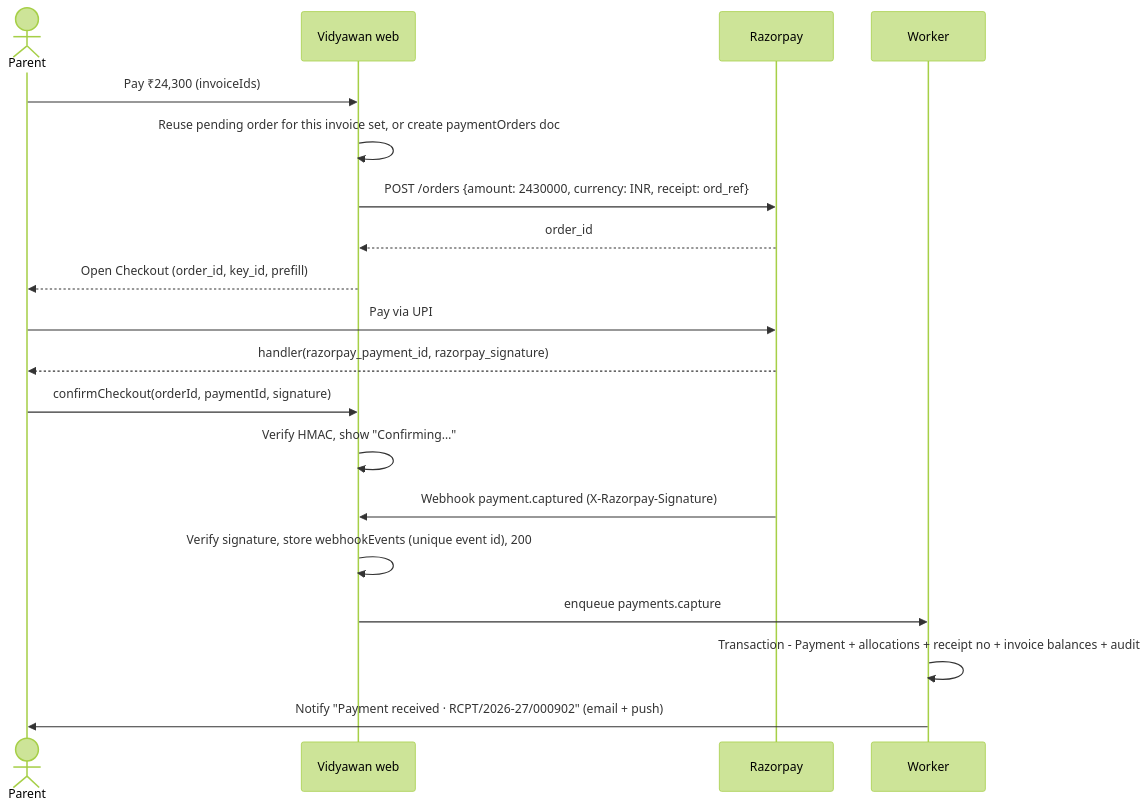
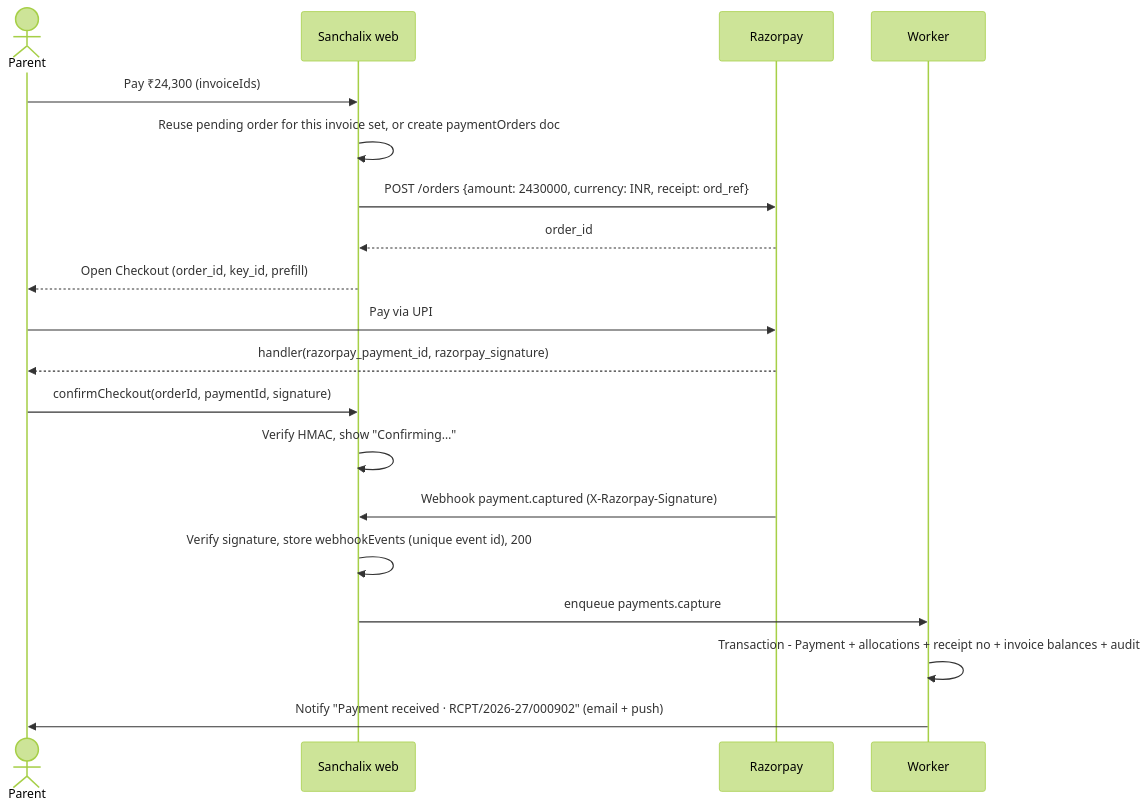
Before and after one commit to DigiconnUnite/Sanchalix: the second of 2 diagrams in Docs/21-notifications-and-integrations.md, drawn with Mermaid (forest theme). The commit also changed other lines of this file and 43 other files, not shown here.

````diff
--- a/Docs/21-notifications-and-integrations.md
+++ b/Docs/21-notifications-and-integrations.md
@@ -96,21 +96,21 @@
 ```mermaid
 sequenceDiagram
   actor P as Parent
-  participant V as Vidyawan web
+  participant V as Sanchalix web
   participant R as Razorpay
   participant W as Worker
   P->>V: Pay ₹24,300 (invoiceIds)
   V->>V: Reuse pending order for this invoice set, or create paymentOrders doc
   V->>R: POST /orders {amount: 2430000, currency: INR, receipt: ord_ref}
   R-->>V: order_id
   V-->>P: Open Checkout (order_id, key_id, prefill)
   P->>R: Pay via UPI
   R-->>P: handler(razorpay_payment_id, razorpay_signature)
   P->>V: confirmCheckout(orderId, paymentId, signature)
   V->>V: Verify HMAC, show "Confirming…"
   R->>V: Webhook payment.captured (X-Razorpay-Signature)
   V->>V: Verify signature, store webhookEvents (unique event id), 200
   V->>W: enqueue payments.capture
   W->>W: Transaction - Payment + allocations + receipt no + invoice balances + audit
   W->>P: Notify "Payment received · RCPT/2026-27/000902" (email + push)
 ```
````
